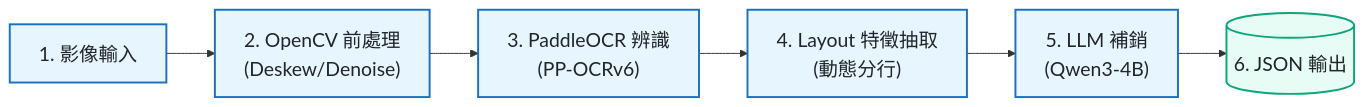
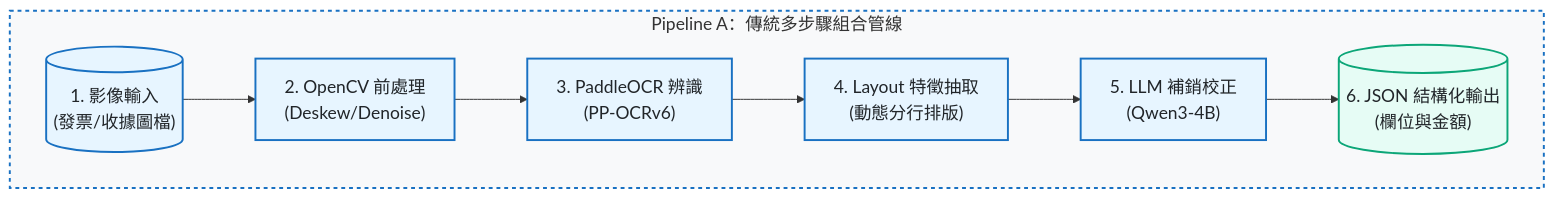
One commit to kuotunyu/receipt-ocr-vlm-benchmark changed the first of 3 diagrams in README.md. Above: the diagram before and after it, drawn with Mermaid. The commit also changed other lines of this file, not shown here.

Commit message:
docs: apply high-end card container styles and semantic node shapes to OCR/VLM benchmark flowcharts

````diff
--- a/README.md
+++ b/README.md
@@ -33,11 +30,16 @@
 ```mermaid
-%%{init: {'themeVariables': {'fontSize': '20px'}}}%%
-flowchart LR
-    A1["1. 影像輸入"] --> A2["2. OpenCV 前處理<br/>(Deskew/Denoise)"] --> A3["3. PaddleOCR 辨識<br/>(PP-OCRv6)"] --> A4["4. Layout 特徵抽取<br/>(動態分行)"] --> A5["5. LLM 補銷<br/>(Qwen3-4B)"] --> A6[("6. JSON 輸出")]
+%%{init: {'themeVariables': {'fontSize': '18px'}}}%%
+flowchart TD
+    subgraph PipeA ["Pipeline A：傳統多步驟組合管線"]
+        direction LR
+        A1[("1. 影像輸入<br/>(發票/收據圖檔)")] --> A2["2. OpenCV 前處理<br/>(Deskew/Denoise)"] --> A3["3. PaddleOCR 辨識<br/>(PP-OCRv6)"] --> A4["4. Layout 特徵抽取<br/>(動態分行排版)"] --> A5["5. LLM 補銷校正<br/>(Qwen3-4B)"] --> A6[("6. JSON 結構化輸出<br/>(欄位與金額)")]
+    end
 
     classDef normStyle fill:#e7f5ff,stroke:#1971c2,stroke-width:2px,color:#212529
     classDef outStyle fill:#e6fcf5,stroke:#0ca678,stroke-width:2px,color:#212529
 
     class A1,A2,A3,A4,A5 normStyle
     class A6 outStyle
+
+    style PipeA fill:#f8f9fa,stroke:#1971c2,stroke-width:2px,stroke-dasharray: 4 4
 ```
````
